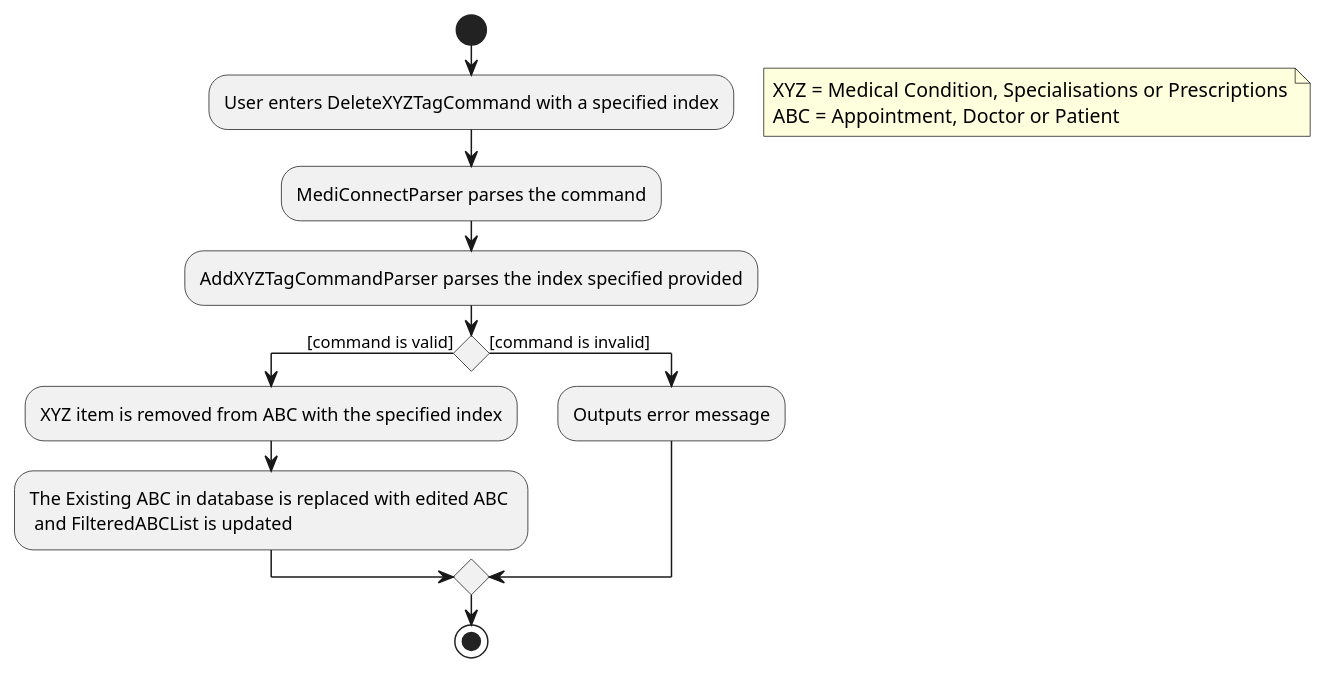
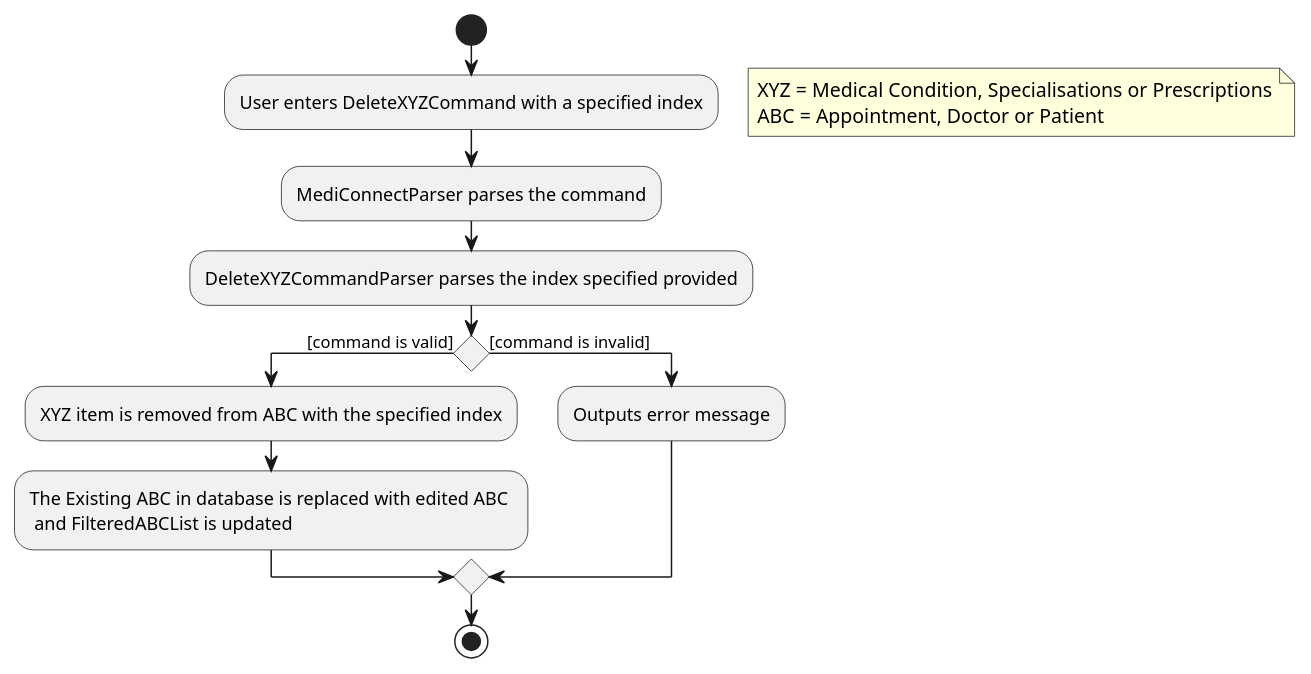
The diagram in docs/diagrams/commands/DeleteXYZTagActivityDiagram.puml (yanghengtang/tp), drawn with PlantUML before and after one commit. The commit also changed 1 other file, not shown here.

Commit message:
Update DeleteXYZTagActivityDiagram

```diff
--- a/docs/diagrams/commands/DeleteXYZTagActivityDiagram.puml
+++ b/docs/diagrams/commands/DeleteXYZTagActivityDiagram.puml
@@ -1,21 +1,21 @@
 @startuml
 'https://plantuml.com/activity-diagram-beta
 
 start
-:User enters DeleteXYZTagCommand with a specified index;
+:User enters DeleteXYZCommand with a specified index;
 floating note right
     XYZ = Medical Condition, Specialisations or Prescriptions
     ABC = Appointment, Doctor or Patient
 end note
 :MediConnectParser parses the command;
-:AddXYZTagCommandParser parses the index specified provided;
+:DeleteXYZCommandParser parses the index specified provided;
 if () then ([command is valid])
   :XYZ item is removed from ABC with the specified index;
   :The Existing ABC in database is replaced with edited ABC \n and FilteredABCList is updated;
 else ([command is invalid])
   :Outputs error message;
 endif
 
 stop
 
 @enduml
```
